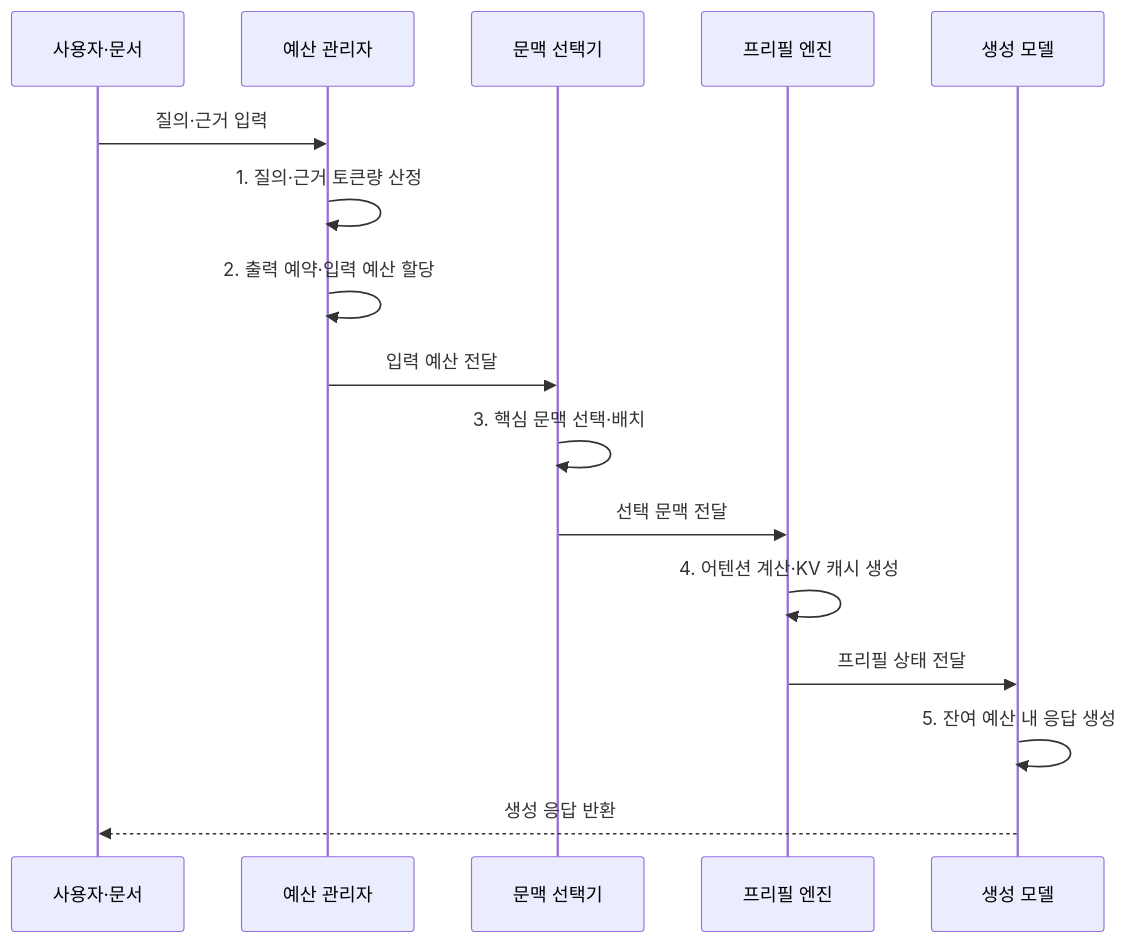
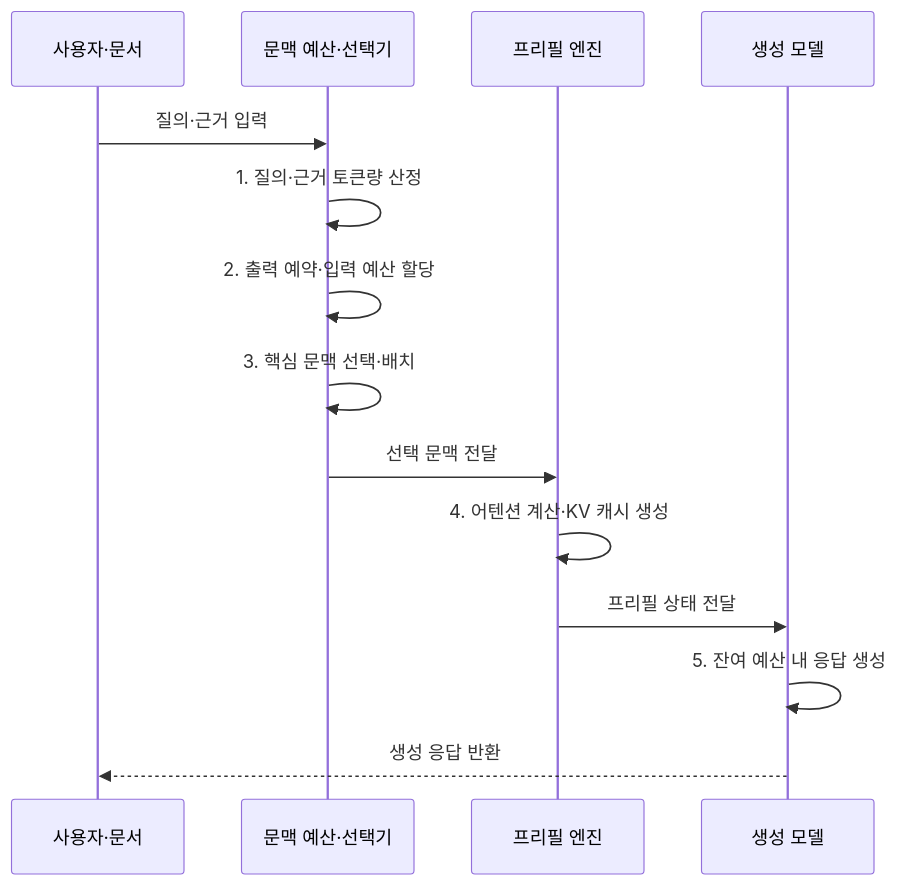
One commit to agnusdei1207/knowledge-base changed the second of 2 diagrams in src/content/docs/notes/08-latest-tech/033_context_window.md. Above: the diagram before and after it, drawn with Mermaid. The commit also changed 9 other files, not shown here.

Commit message:
Simplify AI system flow participants

````diff
--- a/src/content/docs/notes/08-latest-tech/033_context_window.md
+++ b/src/content/docs/notes/08-latest-tech/033_context_window.md
@@ -105,18 +105,16 @@
 ```mermaid
 sequenceDiagram
     participant U as 사용자·문서
-    participant B as 예산 관리자
-    participant S as 문맥 선택기
+    participant B as 문맥 예산·선택기
     participant P as 프리필 엔진
     participant M as 생성 모델
     U->>B: 질의·근거 입력
     B->>B: 1. 질의·근거 토큰량 산정
     B->>B: 2. 출력 예약·입력 예산 할당
-    B->>S: 입력 예산 전달
-    S->>S: 3. 핵심 문맥 선택·배치
-    S->>P: 선택 문맥 전달
+    B->>B: 3. 핵심 문맥 선택·배치
+    B->>P: 선택 문맥 전달
     P->>P: 4. 어텐션 계산·KV 캐시 생성
     P->>M: 프리필 상태 전달
     M->>M: 5. 잔여 예산 내 응답 생성
     M-->>U: 생성 응답 반환
 ```
````
